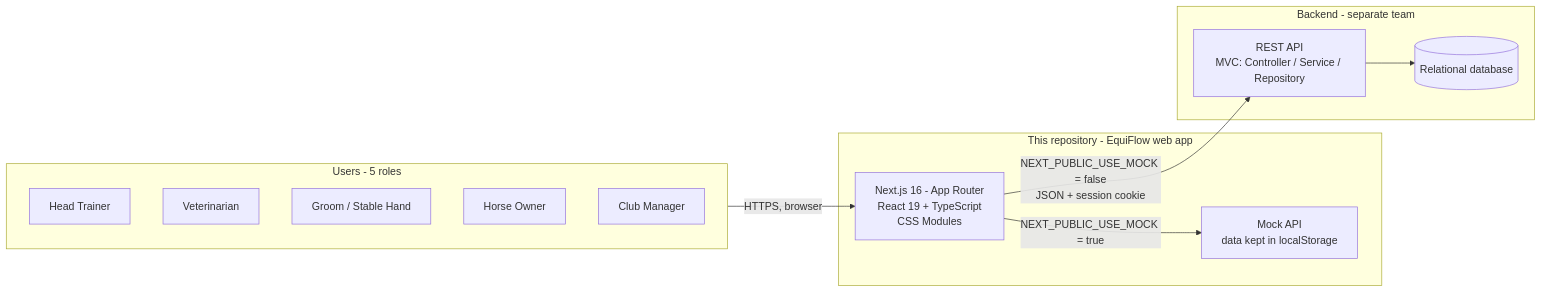
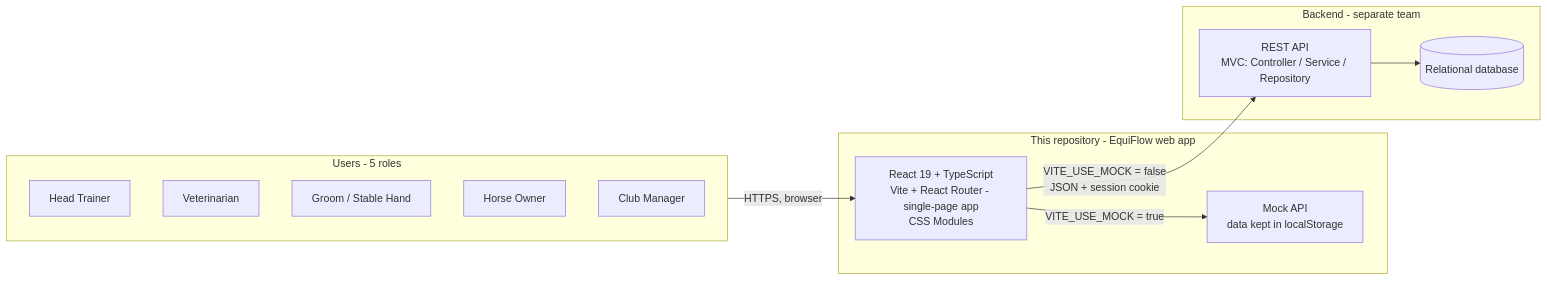
One commit to MinhMQ1711/Horse-Training-Club changed the first of 11 diagrams in docs/ARCHITECTURE.md. Above: the diagram before and after it, drawn with Mermaid. The commit also changed other lines of this file and 3 other files, not shown here.

First line of the commit message:
docs: update architecture, API and guides for Vite

````diff
--- a/docs/ARCHITECTURE.md
+++ b/docs/ARCHITECTURE.md
@@ -22,25 +22,25 @@
 ```mermaid
 flowchart LR
   subgraph USERS["Users - 5 roles"]
     HT["Head Trainer"]
     VET["Veterinarian"]
     GR["Groom / Stable Hand"]
     HO["Horse Owner"]
     CM["Club Manager"]
   end
 
   subgraph FE["This repository - EquiFlow web app"]
-    NEXT["Next.js 16 - App Router<br/>React 19 + TypeScript<br/>CSS Modules"]
+    NEXT["React 19 + TypeScript<br/>Vite + React Router - single-page app<br/>CSS Modules"]
     MOCK["Mock API<br/>data kept in localStorage"]
   end
 
   subgraph BE["Backend - separate team"]
     API["REST API<br/>MVC: Controller / Service / Repository"]
     DB[("Relational database")]
   end
 
   USERS -->|"HTTPS, browser"| NEXT
-  NEXT -->|"NEXT_PUBLIC_USE_MOCK = true"| MOCK
-  NEXT -->|"NEXT_PUBLIC_USE_MOCK = false<br/>JSON + session cookie"| API
+  NEXT -->|"VITE_USE_MOCK = true"| MOCK
+  NEXT -->|"VITE_USE_MOCK = false<br/>JSON + session cookie"| API
   API --> DB
 ```
````
